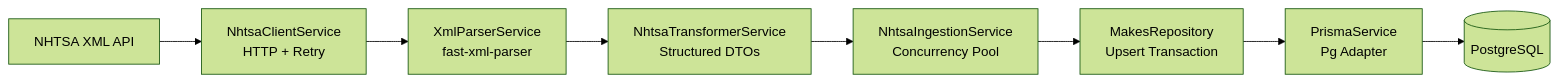
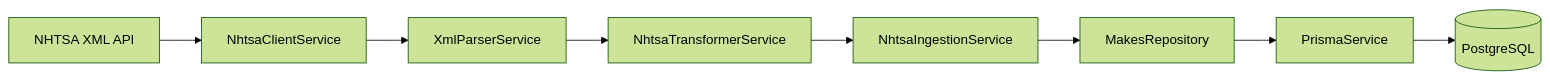
The first of 2 diagrams in README.md (RahulJaggi/nhtsa-vehicle-data-service), drawn with Mermaid (forest theme) before and after one commit. The commit also changed other lines of this file, not shown here.

Commit message:
chore: ReadFile

````diff
--- a/README.md
+++ b/README.md
@@ -55,10 +55,10 @@
 ```mermaid
 flowchart LR
-    A[NHTSA XML API] --> B[NhtsaClientService\nHTTP + Retry]
-    B --> C[XmlParserService\nfast-xml-parser]
-    C --> D[NhtsaTransformerService\nStructured DTOs]
-    D --> E[NhtsaIngestionService\nConcurrency Pool]
-    E --> F[MakesRepository\nUpsert Transaction]
-    F --> G[PrismaService\nPg Adapter]
+    A[NHTSA XML API] --> B[NhtsaClientService]
+    B --> C[XmlParserService]
+    C --> D[NhtsaTransformerService]
+    D --> E[NhtsaIngestionService]
+    E --> F[MakesRepository]
+    F --> G[PrismaService]
     G --> H[(PostgreSQL)]
 ```
````
